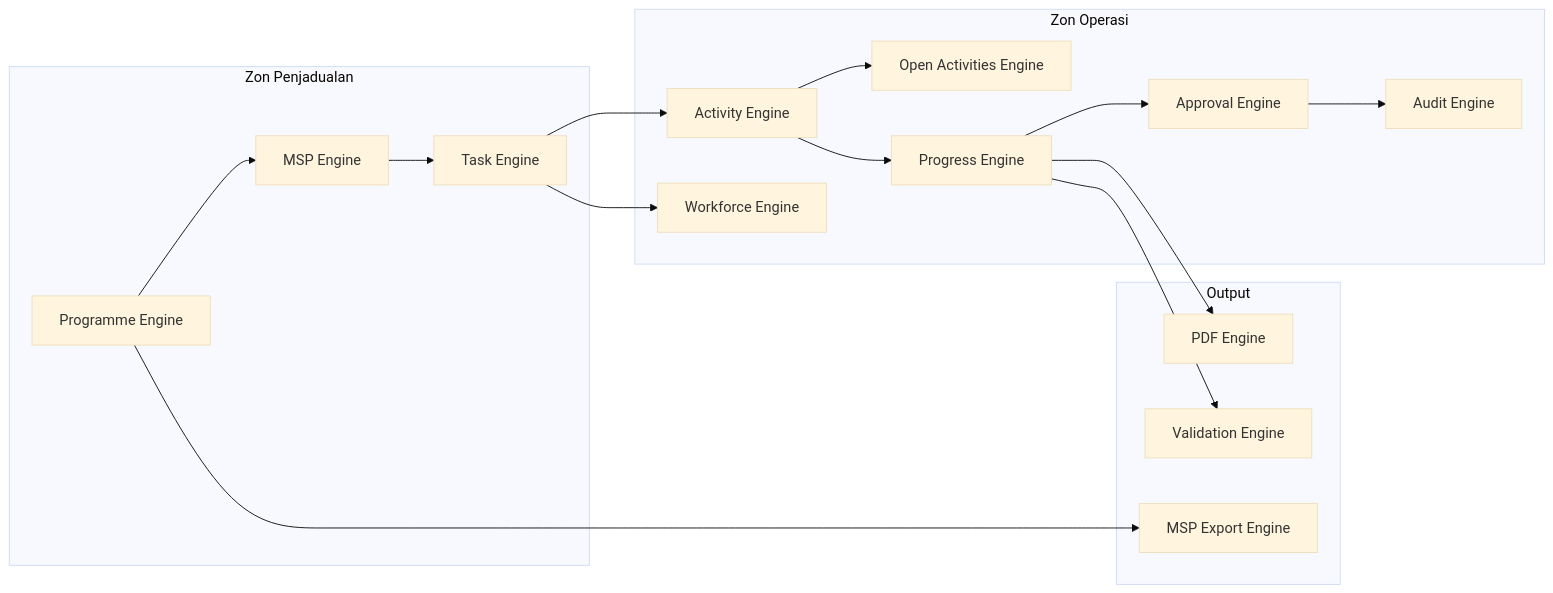
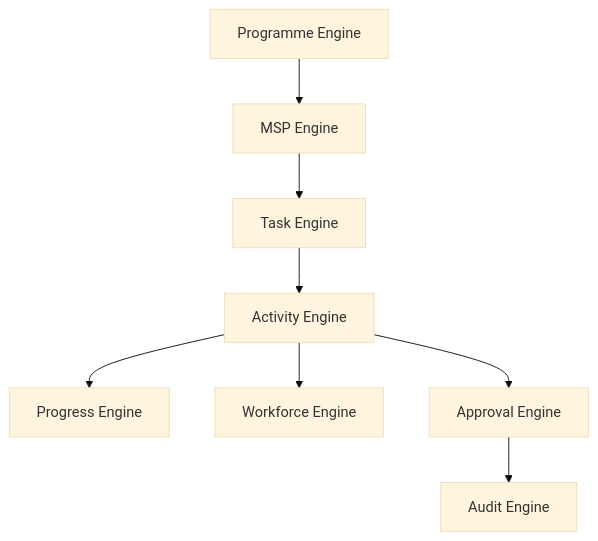
One commit to jenggon/jkr-site-diary changed the diagram in docs/11_Architecture_Diagrams/AD-004-Component-Diagram.md. Above: the diagram before and after it, drawn with Mermaid (base theme). The commit also changed other lines of this file and 12 other files, not shown here.

Commit message:
refactor(architecture): align activity lifecycle and simplify domain model

````diff
--- a/docs/11_Architecture_Diagrams/AD-004-Component-Diagram.md
+++ b/docs/11_Architecture_Diagrams/AD-004-Component-Diagram.md
@@ -11,50 +3,33 @@
 ```mermaid
-flowchart LR
+flowchart TD
 
-subgraph Planning["Zon Penjadualan"]
+ProgrammeEngine[Programme Engine]
 
-PE[Programme Engine]
-ME[MSP Engine]
-TE[Task Engine]
+MSPEngine[MSP Engine]
 
-end
+TaskEngine[Task Engine]
 
-subgraph Operation["Zon Operasi"]
+ActivityEngine[Activity Engine]
 
-AE[Activity Engine]
-OAE[Open Activities Engine]
-PGE[Progress Engine]
-WFE[Workforce Engine]
-APE[Approval Engine]
-AUE[Audit Engine]
+ProgressEngine[Progress Engine]
 
-end
+WorkforceEngine[Workforce Engine]
 
-subgraph Output
+ApprovalEngine[Approval Engine]
 
-PDF[PDF Engine]
-MSPX[MSP Export Engine]
-VE[Validation Engine]
+AuditEngine[Audit Engine]
 
-end
+ProgrammeEngine --> MSPEngine
 
-PE --> ME
-ME --> TE
+MSPEngine --> TaskEngine
 
-TE --> AE
-AE --> OAE
+TaskEngine --> ActivityEngine
 
-AE --> PGE
+ActivityEngine --> ProgressEngine
 
-TE --> WFE
+ActivityEngine --> WorkforceEngine
 
-PGE --> APE
+ActivityEngine --> ApprovalEngine
 
-APE --> AUE
-
-PGE --> PDF
-
-PE --> MSPX
-
-PGE --> VE
+ApprovalEngine --> AuditEngine
 ```
````
